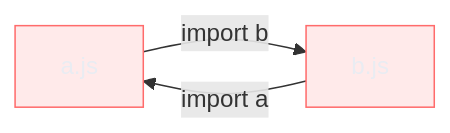
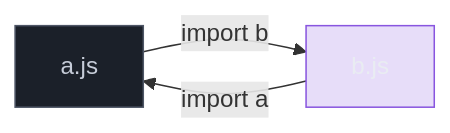
The fourth of 10 diagrams in 03-Dominios/Tecnologia/Tooling e Build/07 - O grafo de módulos e o que é bundling.md (josenaldo/codex-technomanticus), drawn with Mermaid before and after one commit. The commit also changed other lines of this file and 601 other files, not shown here.

````diff
--- a/03-Dominios/Tecnologia/Tooling e Build/07 - O grafo de módulos e o que é bundling.md
+++ b/03-Dominios/Tecnologia/Tooling e Build/07 - O grafo de módulos e o que é bundling.md
@@ -278,9 +278,10 @@
 ```mermaid
 graph LR
-    classDef falha fill:#FF6B6B24,stroke:#FF6B6B,color:#E9ECF2
+    classDef marca fill:#8855DF33,stroke:#8855DF,color:#E9ECF2
+    classDef neutro fill:#1B2029,stroke:#4E5666,color:#C6CCD8
     A["a.js"] -->|"import b"| B["b.js"]
     B -->|"import a"| A
 
-    class A falha
-    class B falha
+    class A neutro
+    class B marca
 ```
````
